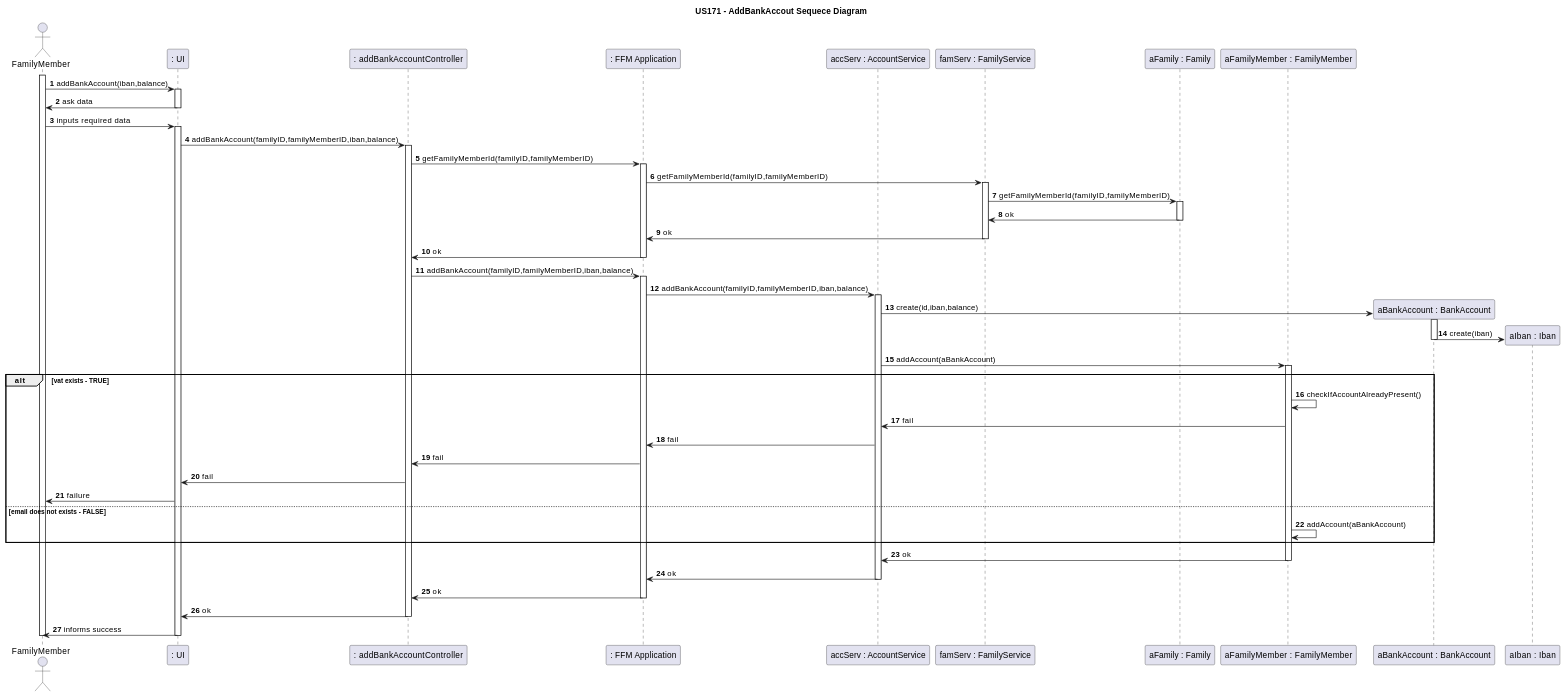
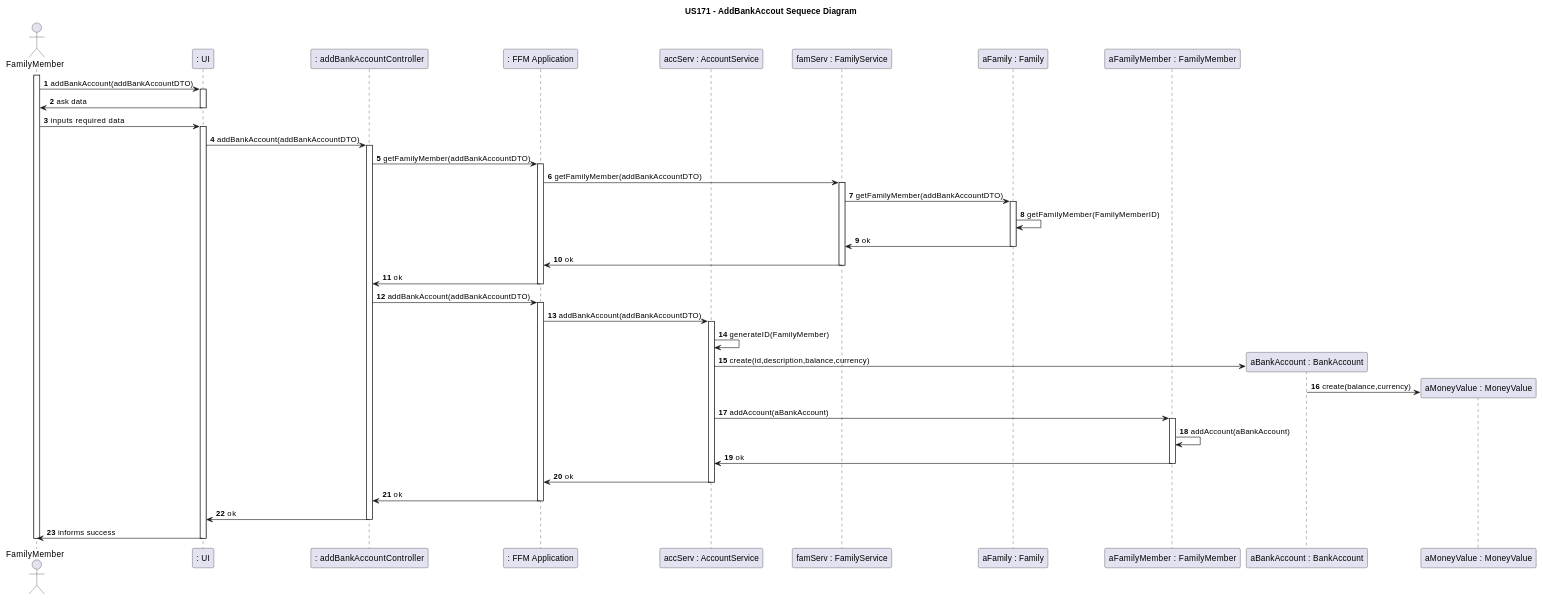
The second of 3 diagrams in docs/sprint2/user_stories/US171_AddBankAccount.md (tomas-osswald/switch_2020_g3), drawn with PlantUML before and after one commit. The commit also changed other lines of this file and 5 other files, not shown here.

`````diff
--- a/docs/sprint2/user_stories/US171_AddBankAccount.md
+++ b/docs/sprint2/user_stories/US171_AddBankAccount.md
@@ -74,76 +73,66 @@
 ````puml
 @startuml
 autonumber
 title US171 - AddBankAccout Sequece Diagram
 
 actor "FamilyMember" as actor
 participant ": UI" as UI
 participant ": addBankAccountController" as controller
 participant ": FFM Application" as app
 participant "accServ : AccountService" as accServ
 participant "famServ : FamilyService" as famService
 participant "aFamily : Family" as family
 participant "aFamilyMember : FamilyMember" as person
 participant "aBankAccount : BankAccount" as bankAcc
-participant "aIban : Iban" as iban
+participant "aMoneyValue : MoneyValue" as moneyV
 
 activate actor
-actor -> UI: addBankAccount(iban,balance)
+actor -> UI: addBankAccount(addBankAccountDTO)
 activate UI
 UI -> actor: ask data
 deactivate UI
 actor -> UI: inputs required data
 activate UI
-UI -> controller: addBankAccount(familyID,familyMemberID,iban,balance)
+UI -> controller: addBankAccount(addBankAccountDTO)
 activate controller
-controller -> app: getFamilyMemberId(familyID,familyMemberID)
+controller -> app: getFamilyMember(addBankAccountDTO)
 activate app
-app -> famService: getFamilyMemberId(familyID,familyMemberID)
+app -> famService: getFamilyMember(addBankAccountDTO)
 activate famService
-famService -> family: getFamilyMemberId(familyID,familyMemberID)
+famService -> family: getFamilyMember(addBankAccountDTO)
 activate family
+family -> family : getFamilyMember(FamilyMemberID)
 family -> famService: ok
 deactivate family
 famService -> app: ok
 deactivate famService
 app -> controller: ok
 deactivate app
 
-controller -> app: addBankAccount(familyID,familyMemberID,iban,balance)
+controller -> app: addBankAccount(addBankAccountDTO)
 activate app
-app -> accServ: addBankAccount(familyID,familyMemberID,iban,balance)
+app -> accServ: addBankAccount(addBankAccountDTO)
 activate accServ
-
-accServ -> bankAcc **: create(id,iban,balance)
-activate bankAcc
-bankAcc -> iban **: create(iban)
-deactivate bankAcc
+accServ -> accServ : generateID(FamilyMember)
+accServ -> bankAcc **: create(id,description,balance,currency)
+bankAcc -> moneyV **: create(balance,currency)
 
 accServ -> person: addAccount(aBankAccount)
 activate person
 
-alt vat exists - TRUE
-  person -> person: checkIfAccountAlreadyPresent()
-  person -> accServ: fail
-  accServ -> app: fail
-  app -> controller: fail
-  controller -> UI: fail
-  UI -> actor: failure
-else email does not exists - FALSE
 person -> person: addAccount(aBankAccount)
-end
 
 person -> accServ: ok
 deactivate person
 accServ -> app: ok
 deactivate accServ
 app -> controller: ok
 deactivate app
 controller -> UI: ok
 deactivate controller
 UI -> actor: informs success
 deactivate UI
 deactivate actor
 
 @enduml
 ````
`````
